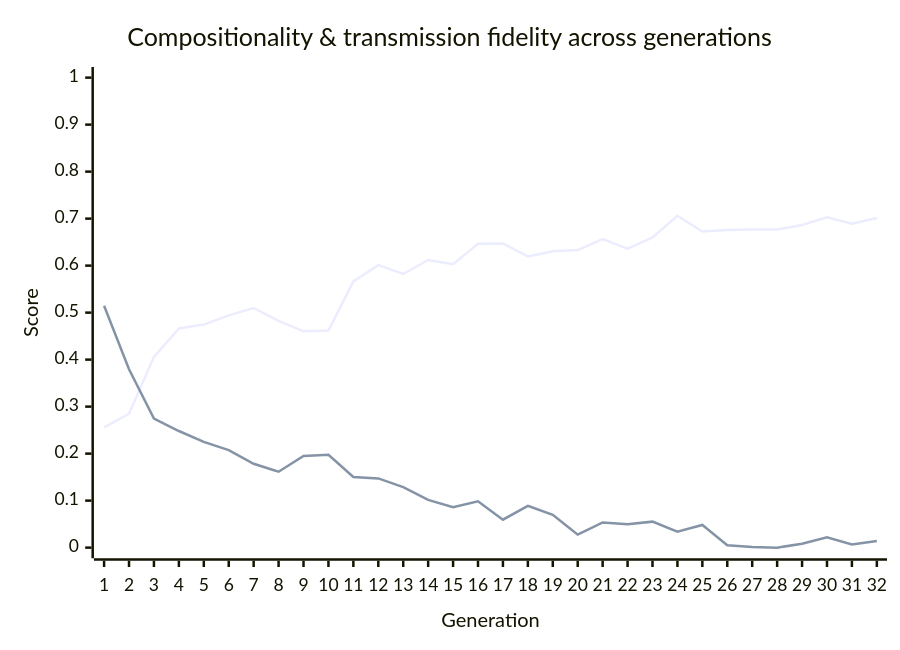
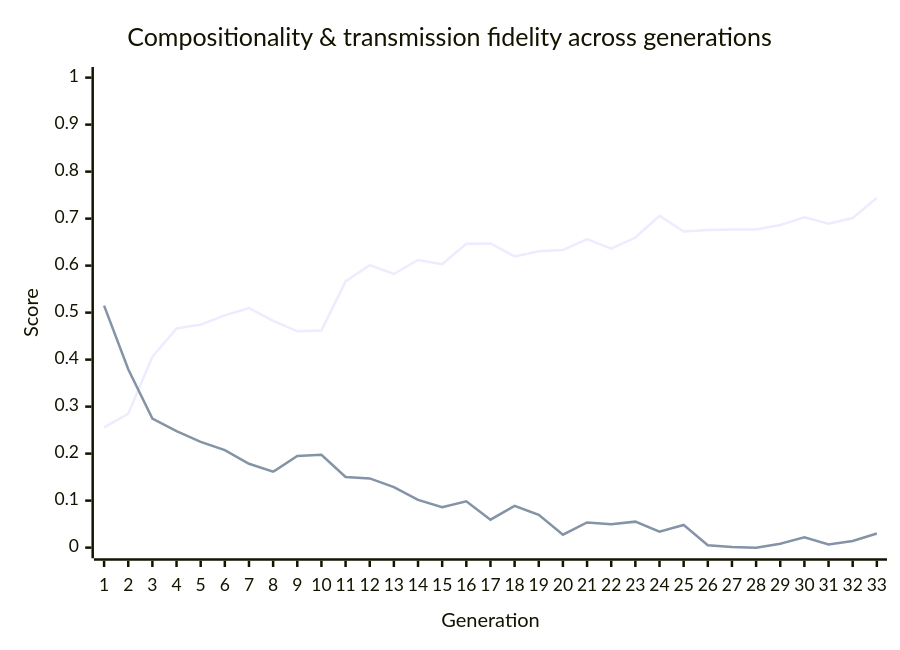
One commit to nichobbs/traditio changed the diagram in metrics/latest-report.md. Above: the diagram before and after it, drawn with Mermaid. The commit also changed other lines of this file and 1 other file, not shown here.

````diff
--- a/metrics/latest-report.md
+++ b/metrics/latest-report.md
@@ -40,8 +40,8 @@
 ```mermaid
 xychart-beta
     title "Compositionality & transmission fidelity across generations"
-    x-axis "Generation" [1, 2, 3, 4, 5, 6, 7, 8, 9, 10, 11, 12, 13, 14, 15, 16, 17, 18, 19, 20, 21, 22, 23, 24, 25, 26, 27, 28, 29, 30, 31, 32]
+    x-axis "Generation" [1, 2, 3, 4, 5, 6, 7, 8, 9, 10, 11, 12, 13, 14, 15, 16, 17, 18, 19, 20, 21, 22, 23, 24, 25, 26, 27, 28, 29, 30, 31, 32, 33]
     y-axis "Score" 0 --> 1
-    line "Compositionality" [0.2559, 0.2849, 0.4060, 0.4663, 0.4745, 0.4941, 0.5099, 0.4826, 0.4603, 0.4619, 0.5665, 0.6011, 0.5822, 0.6121, 0.6029, 0.6464, 0.6473, 0.6195, 0.6304, 0.6332, 0.6566, 0.6361, 0.6598, 0.7061, 0.6725, 0.6757, 0.6767, 0.6767, 0.6863, 0.7028, 0.6890, 0.7012]
-    line "Transmission Fidelity" [0.5148, 0.3796, 0.2746, 0.2481, 0.2251, 0.2074, 0.1785, 0.1615, 0.1949, 0.1977, 0.1504, 0.1472, 0.1286, 0.1016, 0.0861, 0.0987, 0.0594, 0.0888, 0.0697, 0.0276, 0.0536, 0.0500, 0.0553, 0.0339, 0.0483, 0.0051, 0.0012, 0.0000, 0.0083, 0.0219, 0.0066, 0.0142]
+    line "Compositionality" [0.2559, 0.2849, 0.4060, 0.4663, 0.4745, 0.4941, 0.5099, 0.4826, 0.4603, 0.4619, 0.5665, 0.6011, 0.5822, 0.6121, 0.6029, 0.6464, 0.6473, 0.6195, 0.6304, 0.6332, 0.6566, 0.6361, 0.6598, 0.7061, 0.6725, 0.6757, 0.6767, 0.6767, 0.6863, 0.7028, 0.6890, 0.7012, 0.7442]
+    line "Transmission Fidelity" [0.5148, 0.3796, 0.2746, 0.2481, 0.2251, 0.2074, 0.1785, 0.1615, 0.1949, 0.1977, 0.1504, 0.1472, 0.1286, 0.1016, 0.0861, 0.0987, 0.0594, 0.0888, 0.0697, 0.0276, 0.0536, 0.0500, 0.0553, 0.0339, 0.0483, 0.0051, 0.0012, 0.0000, 0.0083, 0.0219, 0.0066, 0.0142, 0.0301]
 ```
````
